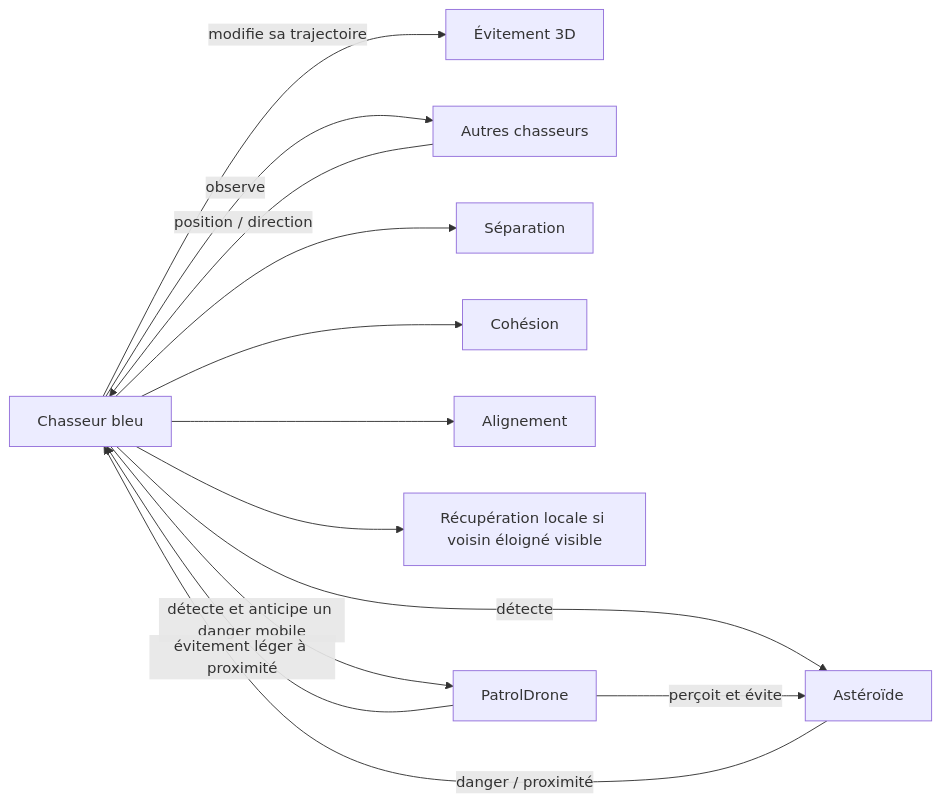
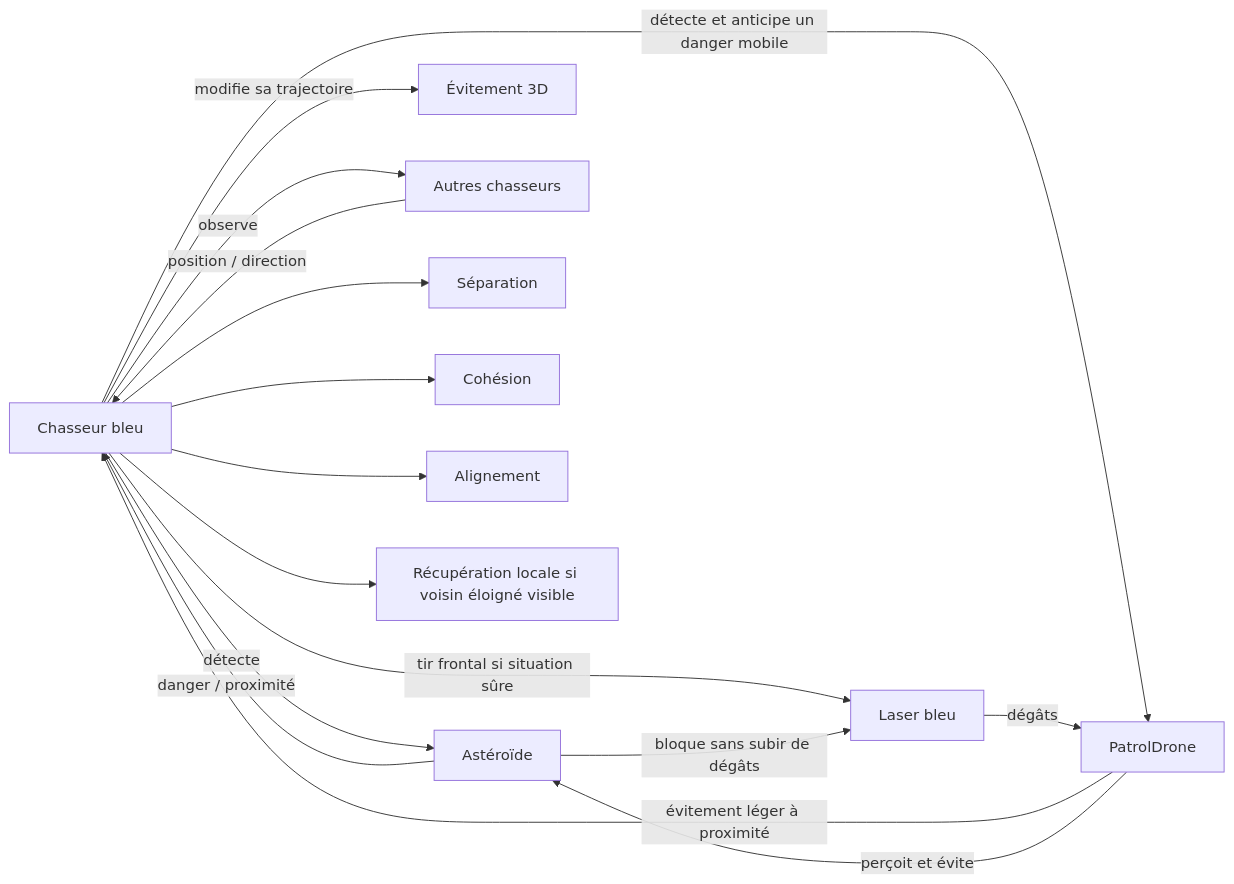
Before and after one commit to Hoarau-arnaud/Godot_M2_ILIADE: the fourth of 6 diagrams in RAPPORT.md, drawn with Mermaid. The commit also changed other lines of this file and 16 other files, not shown here.

````diff
--- a/RAPPORT.md
+++ b/RAPPORT.md
@@ -207,17 +265,20 @@
 ```mermaid
 flowchart LR
     A[Chasseur bleu] -->|détecte| B[Astéroïde]
     B -->|danger / proximité| A
     A -->|modifie sa trajectoire| C[Évitement 3D]
 
     A -->|observe| D[Autres chasseurs]
     D -->|position / direction| A
 
     A --> E[Séparation]
     A --> F[Cohésion]
     A --> G[Alignement]
     A --> H[Récupération locale si voisin éloigné visible]
     A -->|détecte et anticipe un danger mobile| I[PatrolDrone]
     I -->|évitement léger à proximité| A
     I -->|perçoit et évite| B
+    A -->|tir frontal si situation sûre| J[Laser bleu]
+    J -->|dégâts| I
+    B -->|bloque sans subir de dégâts| J
 ```
````
